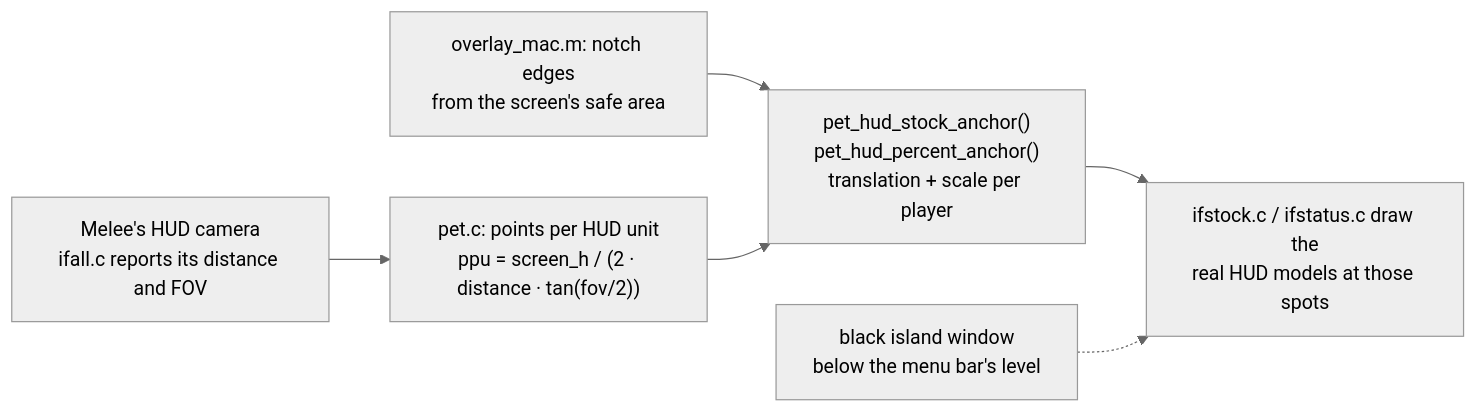
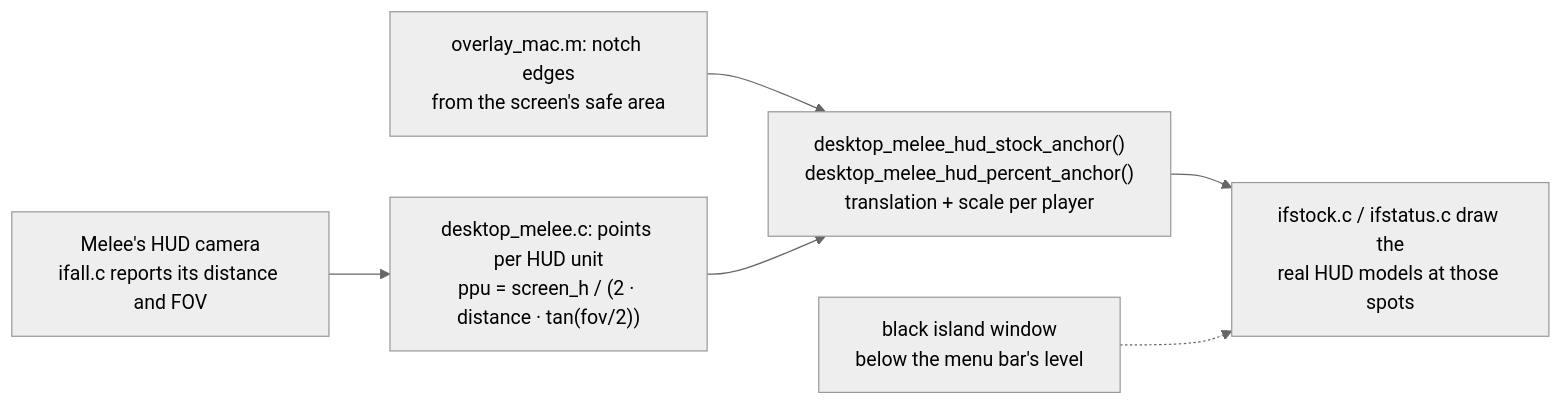
Before and after one commit to Mwrnk/desktop-melee: the seventh of 12 diagrams in docs/desktop-melee/how-it-works.md, drawn with Mermaid (neutral theme). The commit also changed other lines of this file and 67 other files, not shown here.

First line of the commit message:
Rename pet to Desktop Melee in code, paths and docs

````diff
--- a/docs/desktop-melee/how-it-works.md
+++ b/docs/desktop-melee/how-it-works.md
@@ -440,8 +440,8 @@
 ```mermaid
 flowchart LR
-    A["Melee's HUD camera<br/>ifall.c reports its distance and FOV"] --> B["pet.c: points per HUD unit<br/>ppu = screen_h / (2 · distance · tan(fov/2))"]
+    A["Melee's HUD camera<br/>ifall.c reports its distance and FOV"] --> B["desktop_melee.c: points per HUD unit<br/>ppu = screen_h / (2 · distance · tan(fov/2))"]
     N["overlay_mac.m: notch edges<br/>from the screen's safe area"] --> C
-    B --> C["pet_hud_stock_anchor()<br/>pet_hud_percent_anchor()<br/>translation + scale per player"]
+    B --> C["desktop_melee_hud_stock_anchor()<br/>desktop_melee_hud_percent_anchor()<br/>translation + scale per player"]
     C --> D["ifstock.c / ifstatus.c draw the<br/>real HUD models at those spots"]
     I["black island window<br/>below the menu bar's level"] -.-> D
 ```
````
